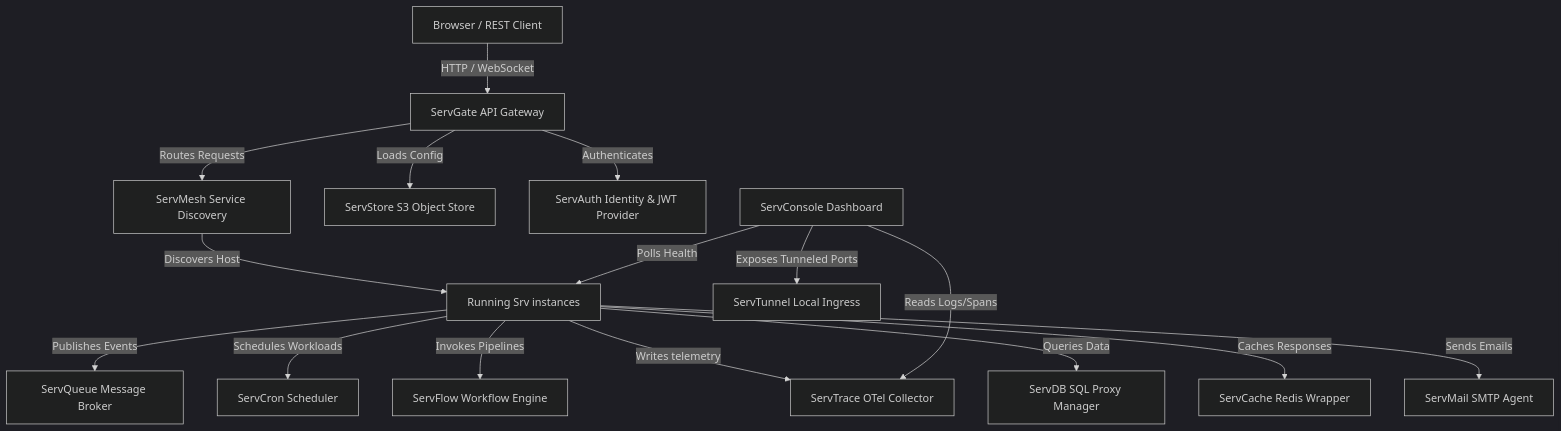
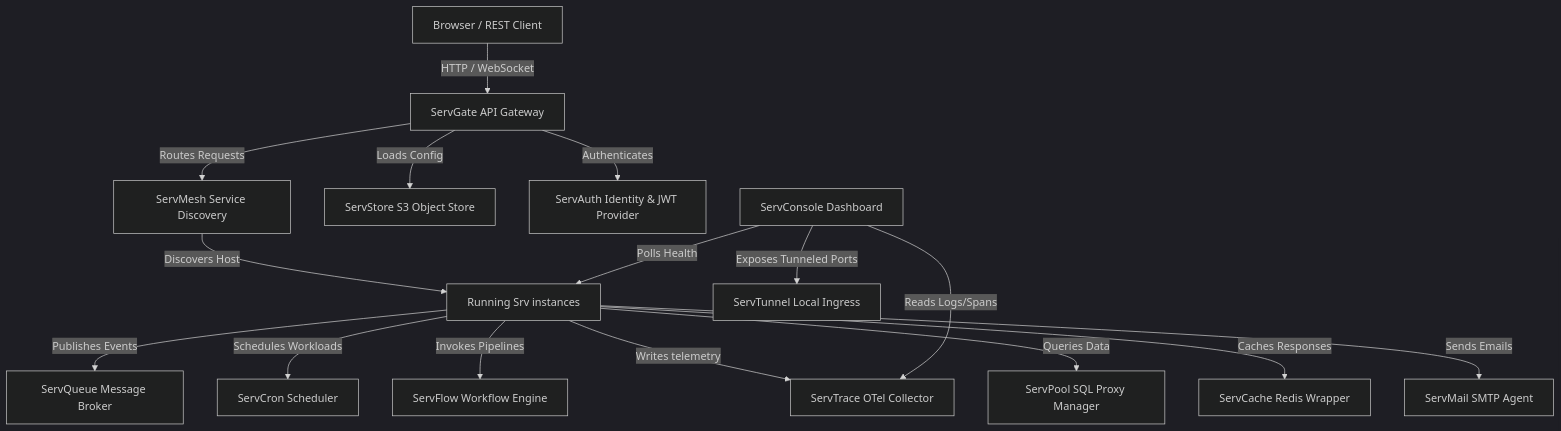
Before and after one commit to vyuvaraj/servverse: the diagram in docs/RUNTIME_DEPENDENCIES.md, drawn with Mermaid (dark theme). The commit also changed other lines of this file and 18 other files, not shown here.

First line of the commit message:
rename: ServDB → ServPool across all ecosystem references

````diff
--- a/docs/RUNTIME_DEPENDENCIES.md
+++ b/docs/RUNTIME_DEPENDENCIES.md
@@ -7,27 +7,27 @@
 ```mermaid
 graph TD
     %% Clients and Gateway Ingress
     Client[Browser / REST Client] -->|HTTP / WebSocket| ServGate[ServGate API Gateway]
     
     %% Gateway to Backend Services
     ServGate -->|Routes Requests| ServMesh[ServMesh Service Discovery]
     ServGate -->|Loads Config| ServStore[ServStore S3 Object Store]
     ServGate -->|Authenticates| ServAuth[ServAuth Identity & JWT Provider]
 
     %% Service Mesh Routing Instance
     ServMesh -->|Discovers Host| ServMeshInstances[Running Srv instances]
     
     %% Operational Core Services
     ServMeshInstances -->|Publishes Events| ServQueue[ServQueue Message Broker]
     ServMeshInstances -->|Schedules Workloads| ServCron[ServCron Scheduler]
     ServMeshInstances -->|Invokes Pipelines| ServFlow[ServFlow Workflow Engine]
     ServMeshInstances -->|Writes telemetry| ServTrace[ServTrace OTel Collector]
-    ServMeshInstances -->|Queries Data| ServDB[ServDB SQL Proxy Manager]
+    ServMeshInstances -->|Queries Data| ServPool[ServPool SQL Proxy Manager]
     ServMeshInstances -->|Caches Responses| ServCache[ServCache Redis Wrapper]
     ServMeshInstances -->|Sends Emails| ServMail[ServMail SMTP Agent]
     
     %% Observability Control Center
     ServConsole[ServConsole Dashboard] -->|Polls Health| ServMeshInstances
     ServConsole -->|Reads Logs/Spans| ServTrace
     ServConsole -->|Exposes Tunneled Ports| ServTunnel[ServTunnel Local Ingress]
 ```
````
